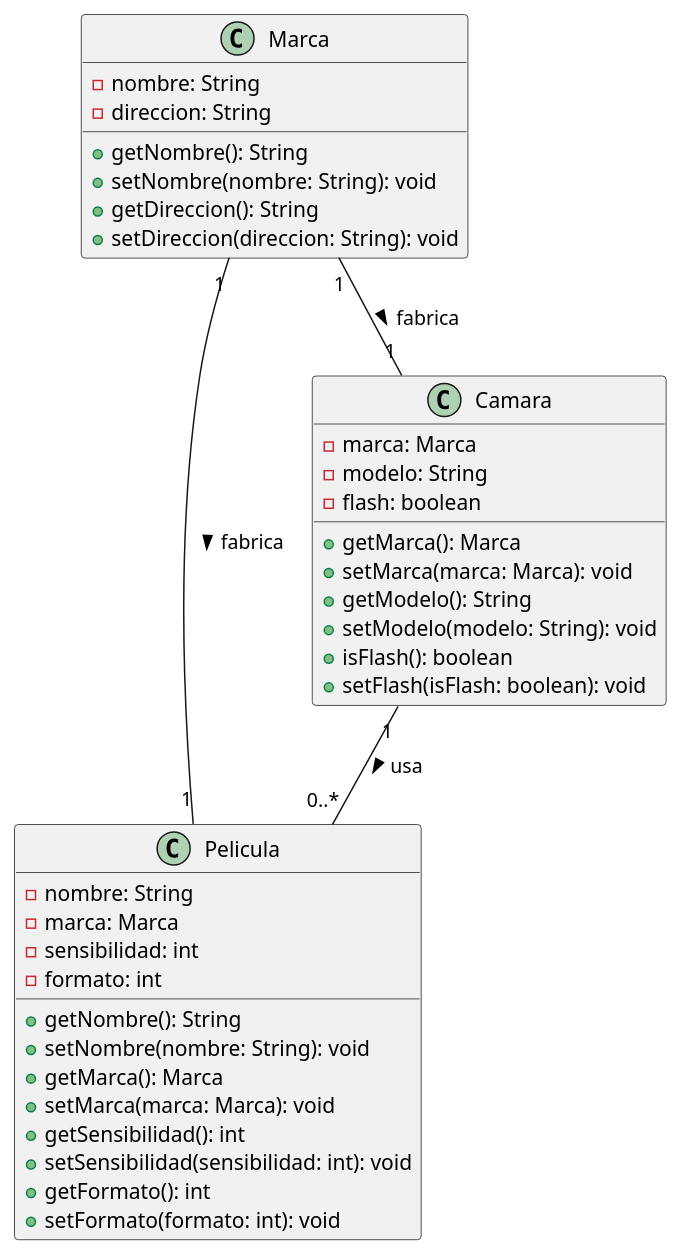
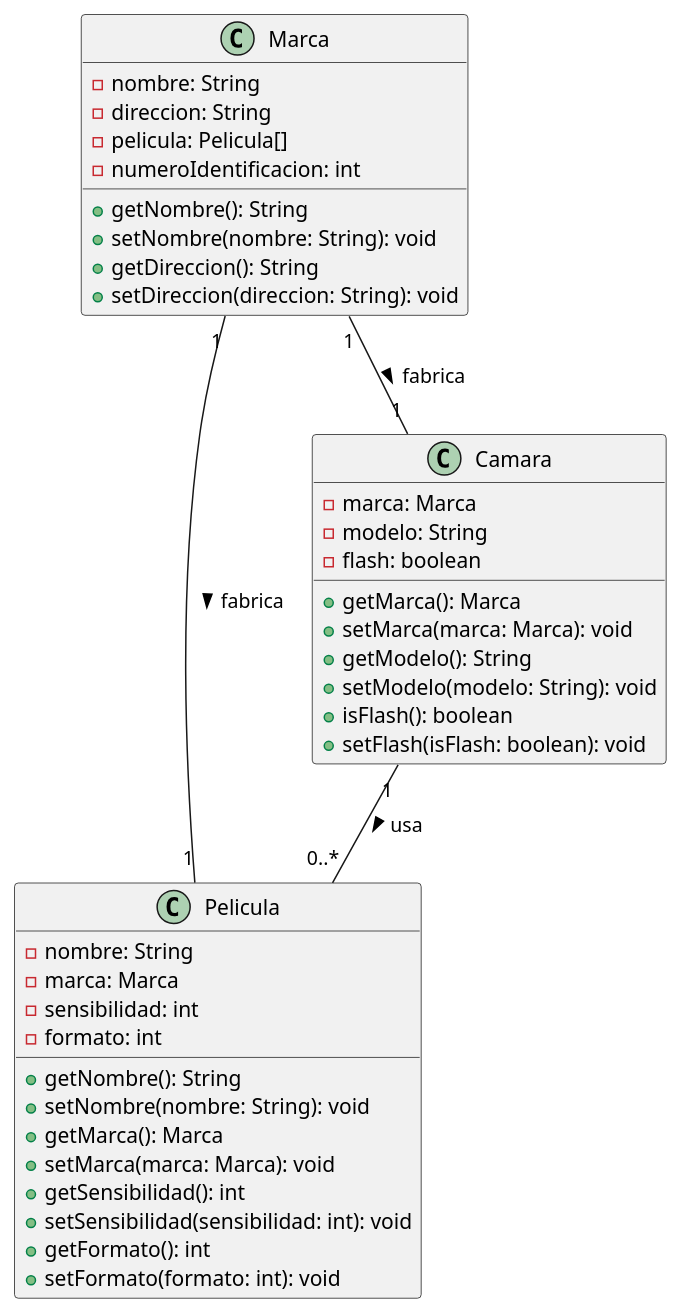
One commit to jesus-castro89/poo changed the diagram in uml/nuevo.puml. Above: the diagram before and after it, drawn with PlantUML. The commit also changed 4 other files, not shown here.

Commit message:
Diagramas de Clases

```diff
--- a/uml/nuevo.puml
+++ b/uml/nuevo.puml
@@ -1,41 +1,43 @@
 @startuml
 class Marca{
 - nombre: String
 - direccion: String
+- pelicula: Pelicula[]
+- numeroIdentificacion: int
 + getNombre(): String
 + setNombre(nombre: String): void
 + getDireccion(): String
 + setDireccion(direccion: String): void
 }
 
 class Pelicula{
 - nombre: String
 - marca: Marca
 - sensibilidad: int
 - formato: int
 + getNombre(): String
 + setNombre(nombre: String): void
 + getMarca(): Marca
 + setMarca(marca: Marca): void
 + getSensibilidad(): int
 + setSensibilidad(sensibilidad: int): void
 + getFormato(): int
 + setFormato(formato: int): void
 }
 
 class Camara{
 - marca: Marca
 - modelo: String
 - flash: boolean
 + getMarca(): Marca
 + setMarca(marca: Marca): void
 + getModelo(): String
 + setModelo(modelo: String): void
 + isFlash(): boolean
 + setFlash(isFlash: boolean): void
 }
 
 Marca "1" -- "1" Pelicula : fabrica >
 Marca "1" -- "1" Camara : fabrica >
 Camara "1" -- "0..*" Pelicula : usa >
 @enduml
```
